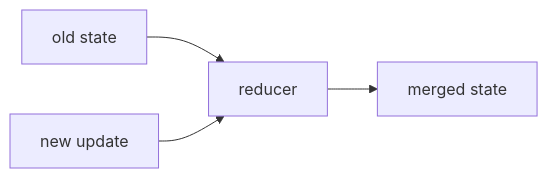
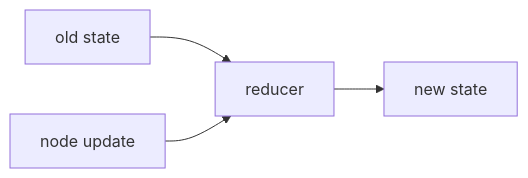
One commit to Walid-Ahmed/langgraph-tutorials changed the second of 2 diagrams in 2-Reducer/README.md. Above: the diagram before and after it, drawn with Mermaid. The commit also changed other lines of this file and 3 other files, not shown here.

````diff
--- a/2-Reducer/README.md
+++ b/2-Reducer/README.md
@@ -32,6 +25,6 @@
 ```mermaid
 flowchart LR
     OLD["old state"] --> REDUCER["reducer"]
-    NEW["new update"] --> REDUCER
-    REDUCER --> MERGED["merged state"]
+    NEW["node update"] --> REDUCER
+    REDUCER --> FINAL["new state"]
 ```
````
